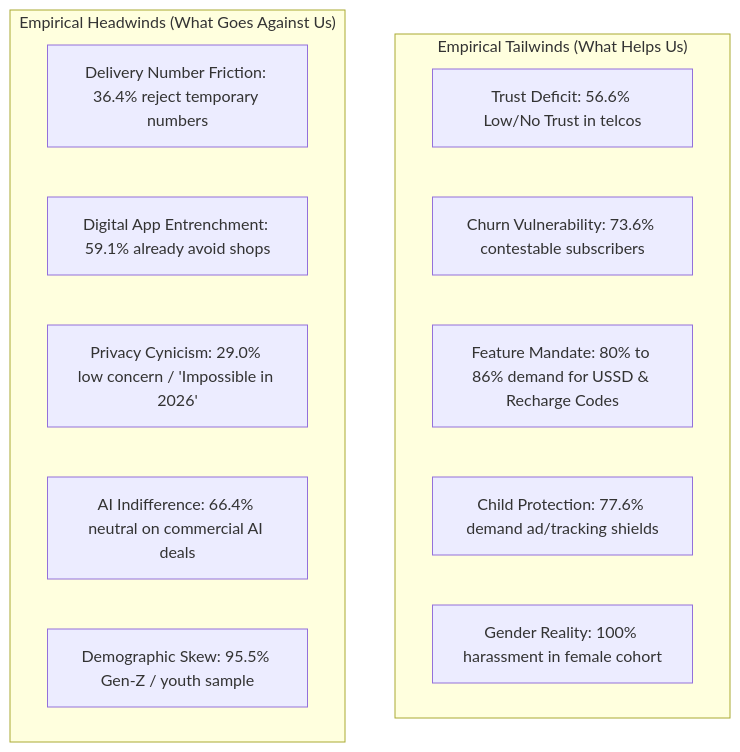
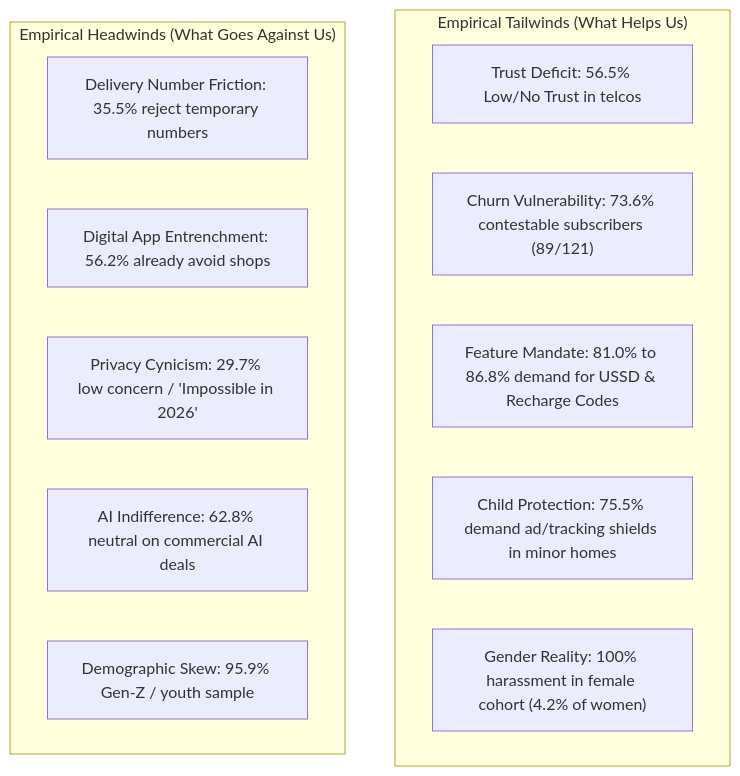
The second of 2 diagrams in 04_obsidian_notes/survey analysis.md (tahfimism/robi-dpa), drawn with Mermaid before and after one commit. The commit also changed other lines of this file and 11 other files, not shown here.

````diff
--- a/04_obsidian_notes/survey analysis.md
+++ b/04_obsidian_notes/survey analysis.md
@@ -118,18 +118,18 @@
 ```mermaid
 flowchart TD
     subgraph "Empirical Tailwinds (What Helps Us)"
-        H1["Trust Deficit: 56.6% Low/No Trust in telcos"]
-        H2["Churn Vulnerability: 73.6% contestable subscribers"]
-        H3["Feature Mandate: 80% to 86% demand for USSD & Recharge Codes"]
-        H4["Child Protection: 77.6% demand ad/tracking shields"]
-        H5["Gender Reality: 100% harassment in female cohort"]
+        H1["Trust Deficit: 56.5% Low/No Trust in telcos"]
+        H2["Churn Vulnerability: 73.6% contestable subscribers (89/121)"]
+        H3["Feature Mandate: 81.0% to 86.8% demand for USSD & Recharge Codes"]
+        H4["Child Protection: 75.5% demand ad/tracking shields in minor homes"]
+        H5["Gender Reality: 100% harassment in female cohort (4.2% of women)"]
     end
 
     subgraph "Empirical Headwinds (What Goes Against Us)"
-        A1["Delivery Number Friction: 36.4% reject temporary numbers"]
-        A2["Digital App Entrenchment: 59.1% already avoid shops"]
-        A3["Privacy Cynicism: 29.0% low concern / 'Impossible in 2026'"]
-        A4["AI Indifference: 66.4% neutral on commercial AI deals"]
-        A5["Demographic Skew: 95.5% Gen-Z / youth sample"]
+        A1["Delivery Number Friction: 35.5% reject temporary numbers"]
+        A2["Digital App Entrenchment: 56.2% already avoid shops"]
+        A3["Privacy Cynicism: 29.7% low concern / 'Impossible in 2026'"]
+        A4["AI Indifference: 62.8% neutral on commercial AI deals"]
+        A5["Demographic Skew: 95.9% Gen-Z / youth sample"]
     end
 ```
````
